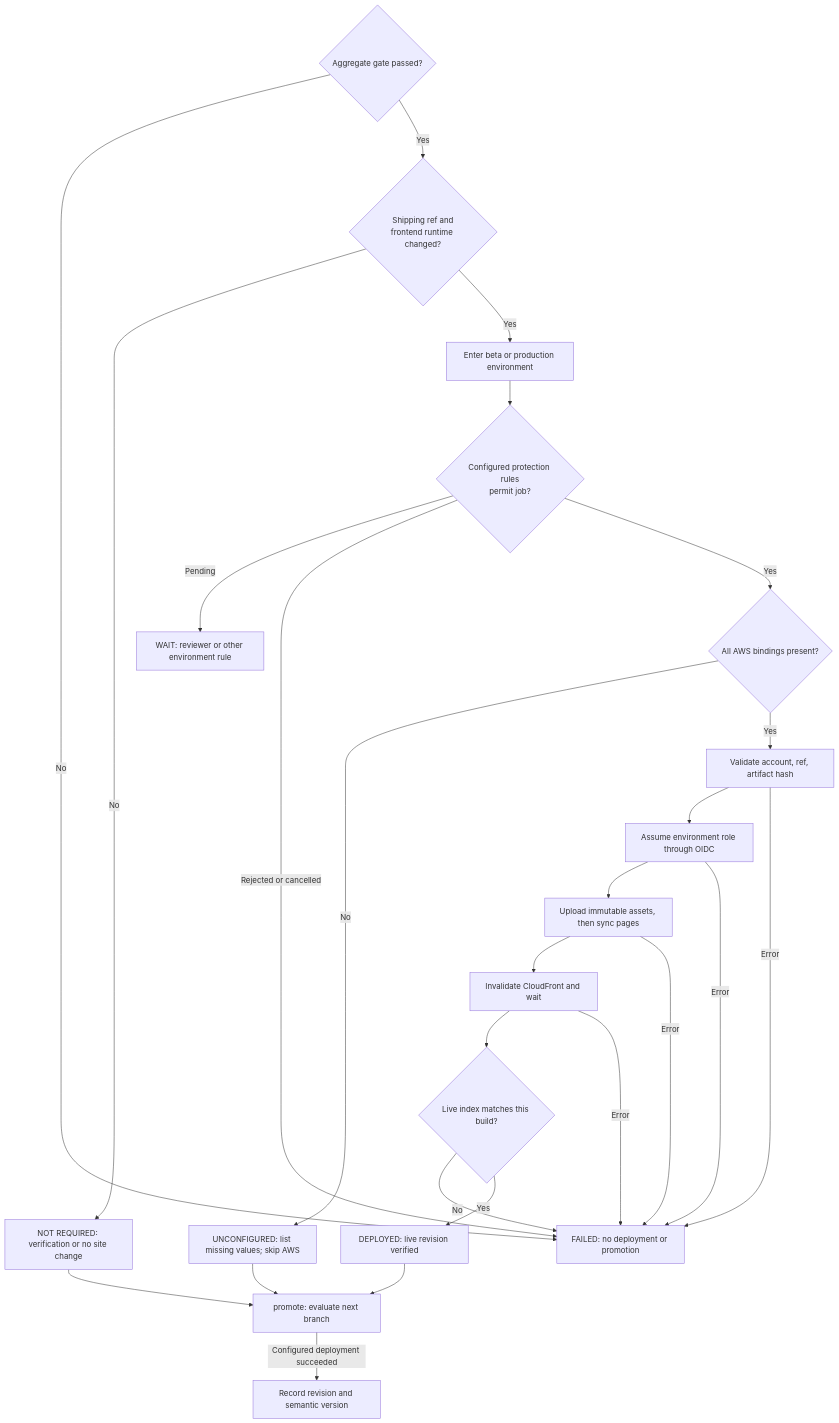
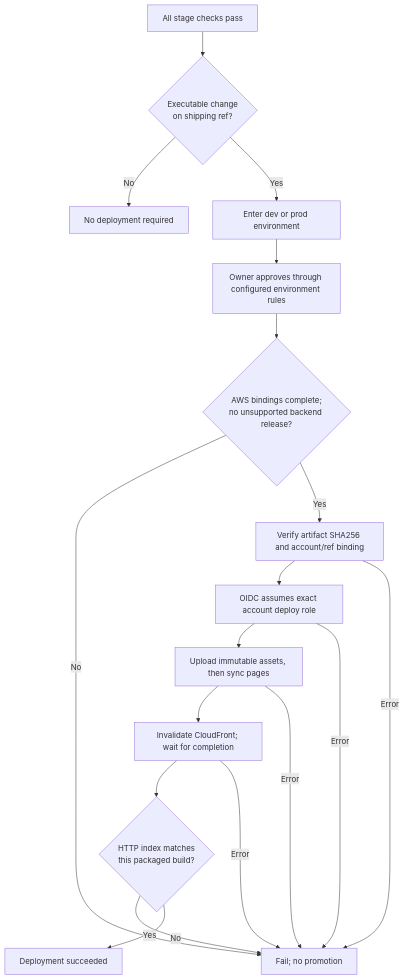
The fifth of 16 diagrams in docs/CI_CD.md (Yale-Undergraduate-Consulting-Group/club-res-website), drawn with Mermaid before and after one commit. The commit also changed other lines of this file and 40 other files, not shown here.

Commit message:
Redesign contributor stages and document AWS architecture

````diff
--- a/docs/CI_CD.md
+++ b/docs/CI_CD.md
@@ -99,27 +188,20 @@
 ```mermaid
 flowchart TD
-  G{"Aggregate gate passed?"} -->|No| F["FAILED: no deployment or promotion"]
-  G -->|Yes| E{"Shipping ref and<br/>frontend runtime changed?"}
-  E -->|No| N["NOT REQUIRED: verification or no site change"]
-  E -->|Yes| A["Enter beta or production environment"]
-  A --> H{"Configured protection rules<br/>permit job?"}
-  H -->|Pending| W["WAIT: reviewer or other environment rule"]
-  H -->|Rejected or cancelled| F
-  H -->|Yes| B{"All AWS bindings present?"}
-  B -->|No| U["UNCONFIGURED: list missing values; skip AWS"]
-  B -->|Yes| V["Validate account, ref, artifact hash"]
-  V --> O["Assume environment role through OIDC"]
+  G["All stage checks pass"] --> C{"Executable change<br/>on shipping ref?"}
+  C -->|No| N["No deployment required"]
+  C -->|Yes| E["Enter dev or prod environment"]
+  E --> A["Owner approves through configured environment rules"]
+  A --> B{"AWS bindings complete;<br/>no unsupported backend release?"}
+  B -->|No| X["Fail; no promotion"]
+  B -->|Yes| H["Verify artifact SHA256 and account/ref binding"]
+  H --> O["OIDC assumes exact account deploy role"]
   O --> S["Upload immutable assets, then sync pages"]
-  S --> C["Invalidate CloudFront and wait"]
-  C --> L{"Live index matches this build?"}
-  L -->|No| F
-  L -->|Yes| D["DEPLOYED: live revision verified"]
-  V -->|Error| F
-  O -->|Error| F
-  S -->|Error| F
-  C -->|Error| F
-  N --> P["promote: evaluate next branch"]
-  U --> P
-  D --> P
-  P -->|Configured deployment succeeded| R["Record revision and semantic version"]
+  S --> I["Invalidate CloudFront; wait for completion"]
+  I --> L{"HTTP index matches<br/>this packaged build?"}
+  L -->|No| X
+  L -->|Yes| D["Deployment succeeded"]
+  H -->|Error| X
+  O -->|Error| X
+  S -->|Error| X
+  I -->|Error| X
 ```
````
